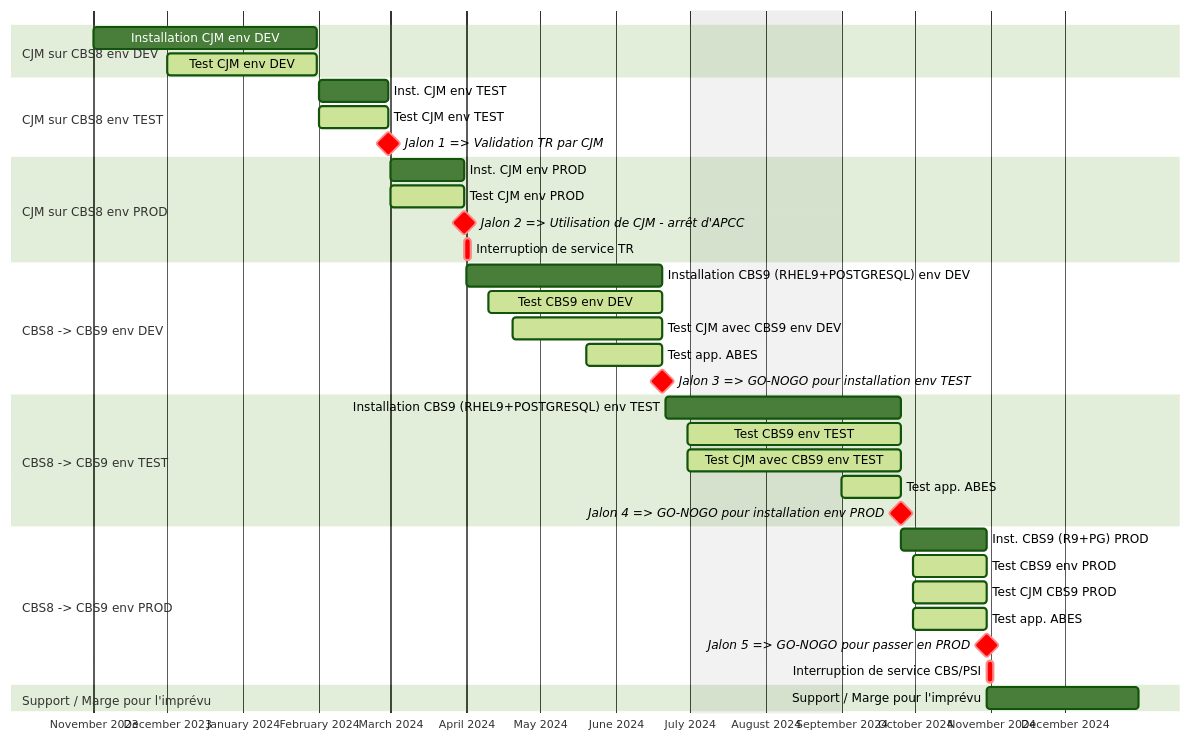
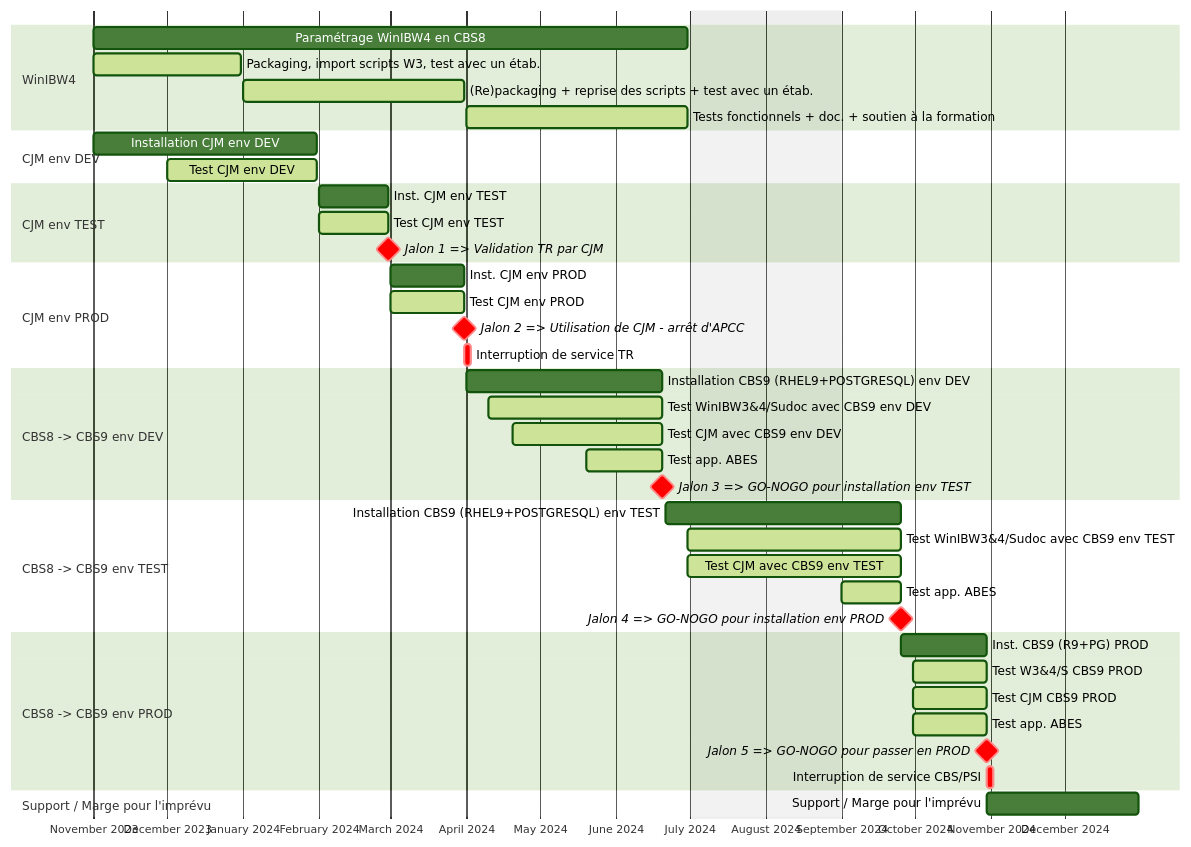
One commit to mike2git/timeline-CJM-CBS9 changed the diagram in README.md. Above: the diagram before and after it, drawn with Mermaid (forest theme).

````diff
--- a/README.md
+++ b/README.md
@@ -4,42 +4,47 @@
 ```mermaid
 gantt
     tickInterval month
     axisFormat %B %Y
     dateFormat YYYY-MM-DD
     excludes 2024-07-01,2024-07-02,2024-07-03,2024-07-04,2024-07-05,2024-07-06,2024-07-07,2024-07-08,2024-07-09,2024-07-10,2024-07-11,2024-07-12,2024-07-13,2024-07-14,2024-07-15,2024-07-16,2024-07-17,2024-07-18,2024-07-19,2024-07-20,2024-07-21,2024-07-22,2024-07-23,2024-07-24,2024-07-25,2024-07-26,2024-07-27,2024-07-28,2024-07-29,2024-07-30,2024-07-31,2024-08-01,2024-08-02,2024-08-03,2024-08-04,2024-08-05,2024-08-06,2024-08-07,2024-08-08,2024-08-09,2024-08-10,2024-08-11,2024-08-12,2024-08-13,2024-08-14,2024-08-15,2024-08-16,2024-08-17,2024-08-18,2024-08-19,2024-08-20,2024-08-21,2024-08-22,2024-08-23,2024-08-24,2024-08-25,2024-08-26,2024-08-27,2024-08-28,2024-08-29,2024-08-30,2024-08-31
     
 
-    section CJM sur CBS8 env DEV
-      Installation CJM env DEV         :insCJMdev,2023-11-01,2024-01-31
-      Test CJM env DEV  :active,testCJMdev,2023-12-01,2024-01-31
-    section CJM sur CBS8 env TEST
-      Inst. CJM env TEST         :insCJMtest,2024-02-01,2024-02-29
-      Test CJM env TEST         :active,testCJMtest,2024-02-01,2024-02-29
-      Jalon 1 => Validation TR par CJM       :crit,milestone,m1,after testCJMtest, 0d
-    section CJM sur CBS8 env PROD
-      Inst. CJM env PROD         :insCJMprod,2024-03-01,2024-03-31
-      Test CJM env PROD  :active,testCJMprod,2024-03-01,2024-03-31
-      Jalon 2 => Utilisation de CJM - arrêt d'APCC       :crit,milestone,m2,after testCJMprod, 0d
-      Interruption de service TR :crit,intTR,after m2, 3d
+    section WinIBW4
+      Paramétrage WinIBW4 en CBS8                    :W4,2023-11-01,2024-06-30
+      Packaging, import scripts W3, test avec un étab.    :active, W4etp1,2023-11-01,2023-12-31
+      (Re)packaging + reprise des scripts + test avec un étab. :active,testCJMdev,2024-01-01,2024-03-31
+      Tests fonctionnels + doc. + soutien à la formation :active,testCJMdev,2024-04-01,2024-06-30
+    section CJM env DEV
+      Installation CJM env DEV                      :insCJMdev,2023-11-01,2024-01-31
+      Test CJM env DEV                              :active,testCJMdev,2023-12-01,2024-01-31
+    section CJM env TEST
+      Inst. CJM env TEST                            :insCJMtest,2024-02-01,2024-02-29
+      Test CJM env TEST                             :active,testCJMtest,2024-02-01,2024-02-29
+      Jalon 1 => Validation TR par CJM              :crit,milestone,m1,after testCJMtest, 0d
+    section CJM env PROD
+      Inst. CJM env PROD                            :insCJMprod,2024-03-01,2024-03-31
+      Test CJM env PROD                             :active,testCJMprod,2024-03-01,2024-03-31
+      Jalon 2 => Utilisation de CJM - arrêt d'APCC  :crit,milestone,m2,after testCJMprod, 0d
+      Interruption de service TR                    :crit,intTR,after m2, 3d
     section CBS8 -> CBS9 env DEV     
-      Installation CBS9 (RHEL9+POSTGRESQL) env DEV   :insCBSdev,2024-04-01,2024-06-20
-      Test CBS9 env DEV   :active,testCBSdev,2024-04-10,2024-06-20
-      Test CJM avec CBS9 env DEV   :active,testCBSCJMdev,2024-04-20,2024-06-20
-      Test app. ABES  :active,testCBSAPPdev,2024-05-20,2024-06-20
-      Jalon 3 => GO-NOGO pour installation env TEST       :crit,milestone,m3,after testCBSAPPdev, 0d
+      Installation CBS9 (RHEL9+POSTGRESQL) env DEV  :insCBSdev,2024-04-01,2024-06-20
+      Test WinIBW3&4/Sudoc avec CBS9 env DEV       :active,testCBSdev,2024-04-10,2024-06-20
+      Test CJM avec CBS9 env DEV                    :active,testCBSCJMdev,2024-04-20,2024-06-20
+      Test app. ABES                                :active,testCBSAPPdev,2024-05-20,2024-06-20
+      Jalon 3 => GO-NOGO pour installation env TEST :crit,milestone,m3,after testCBSAPPdev, 0d
     section CBS8 -> CBS9 env TEST
-      Installation CBS9 (RHEL9+POSTGRESQL) env TEST   :insCBStest,2024-06-21,2024-09-25
-      Test CBS9 env TEST   :active,testCBStest,2024-06-30,2024-09-25
-      Test CJM avec CBS9 env TEST   :active,testCBSCJMtest,2024-06-30,2024-09-25
-      Test app. ABES  :active,testCBSAPPtest,2024-09-01,2024-09-25
-      Jalon 4 => GO-NOGO pour installation env PROD       :crit,milestone,m4,after testCBSAPPtest, 0d
+      Installation CBS9 (RHEL9+POSTGRESQL) env TEST :insCBStest,2024-06-21,2024-09-25
+      Test WinIBW3&4/Sudoc avec CBS9 env TEST                            :active,testCBStest,2024-06-30,2024-09-25
+      Test CJM avec CBS9 env TEST                   :active,testCBSCJMtest,2024-06-30,2024-09-25
+      Test app. ABES                                :active,testCBSAPPtest,2024-09-01,2024-09-25
+      Jalon 4 => GO-NOGO pour installation env PROD :crit,milestone,m4,after testCBSAPPtest, 0d
     section CBS8 -> CBS9 env PROD
-      Inst. CBS9 (R9+PG) PROD   :insCBStest,2024-09-25,2024-10-30
-      Test CBS9 env PROD   :active,testCBSprod,2024-09-30,2024-10-30
-      Test CJM CBS9 PROD   :active,testCBSCJMprod,2024-09-30,2024-10-30
-      Test app. ABES  :active,testCBSAPPprod,2024-09-30,2024-10-30
-      Jalon 5 => GO-NOGO pour passer en PROD       :crit,milestone,m5,after testCBSAPPprod, 0d
-      Interruption de service CBS/PSI :crit,int,after m5, 3d
+      Inst. CBS9 (R9+PG) PROD                       :insCBStest,2024-09-25,2024-10-30
+      Test W3&4/S CBS9 PROD                       :active,testCBSprod,2024-09-30,2024-10-30
+      Test CJM CBS9 PROD                            :active,testCBSCJMprod,2024-09-30,2024-10-30
+      Test app. ABES                                :active,testCBSAPPprod,2024-09-30,2024-10-30
+      Jalon 5 => GO-NOGO pour passer en PROD        :crit,milestone,m5,after testCBSAPPprod, 0d
+      Interruption de service CBS/PSI               :crit,int,after m5, 3d
     section Support / Marge pour l'imprévu
-      Support / Marge pour l'imprévu   :sup,2024-10-30,2024-12-31
+      Support / Marge pour l'imprévu                :sup,2024-10-30,2024-12-31
 ```
````
